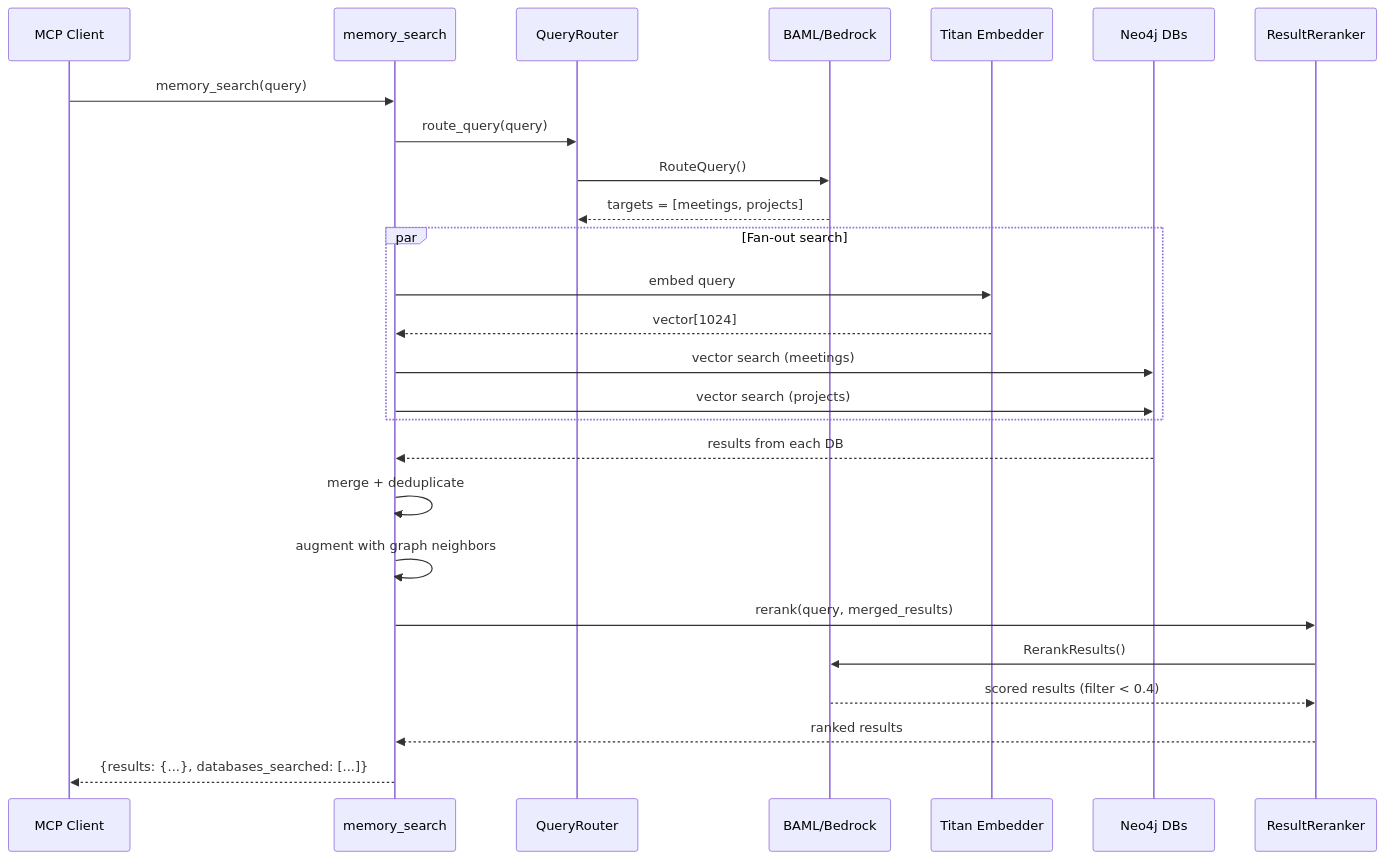
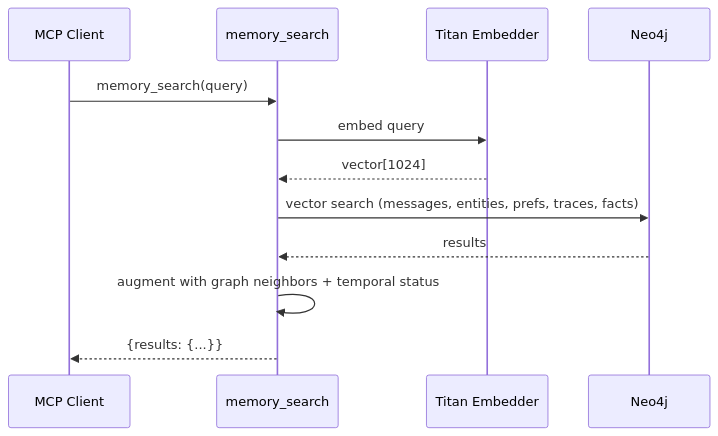
The third of 7 diagrams in README.md (MuddyBootsCode/neo4j-agent-memory-mcp), drawn with Mermaid before and after one commit. The commit also changed other lines of this file and 2 other files, not shown here.

First line of the commit message:
docs: rewrite README for single-graph architecture; note upgrade status

````diff
--- a/README.md
+++ b/README.md
@@ -95,31 +78,15 @@
 ```mermaid
 sequenceDiagram
     participant Client as MCP Client
     participant Search as memory_search
-    participant Router as QueryRouter
-    participant BAML as BAML/Bedrock
     participant Embed as Titan Embedder
-    participant Neo4j as Neo4j DBs
-    participant Rerank as ResultReranker
+    participant Neo4j as Neo4j
 
     Client->>Search: memory_search(query)
-    Search->>Router: route_query(query)
-    Router->>BAML: RouteQuery()
-    BAML-->>Router: targets = [meetings, projects]
-
-    par Fan-out search
-        Search->>Embed: embed query
-        Embed-->>Search: vector[1024]
-        Search->>Neo4j: vector search (meetings)
-        Search->>Neo4j: vector search (projects)
-    end
-
-    Neo4j-->>Search: results from each DB
-    Search->>Search: merge + deduplicate
-    Search->>Search: augment with graph neighbors
-    Search->>Rerank: rerank(query, merged_results)
-    Rerank->>BAML: RerankResults()
-    BAML-->>Rerank: scored results (filter < 0.4)
-    Rerank-->>Search: ranked results
-    Search-->>Client: {results: {...}, databases_searched: [...]}
+    Search->>Embed: embed query
+    Embed-->>Search: vector[1024]
+    Search->>Neo4j: vector search (messages, entities, prefs, traces, facts)
+    Neo4j-->>Search: results
+    Search->>Search: augment with graph neighbors + temporal status
+    Search-->>Client: {results: {...}}
 ```
````
